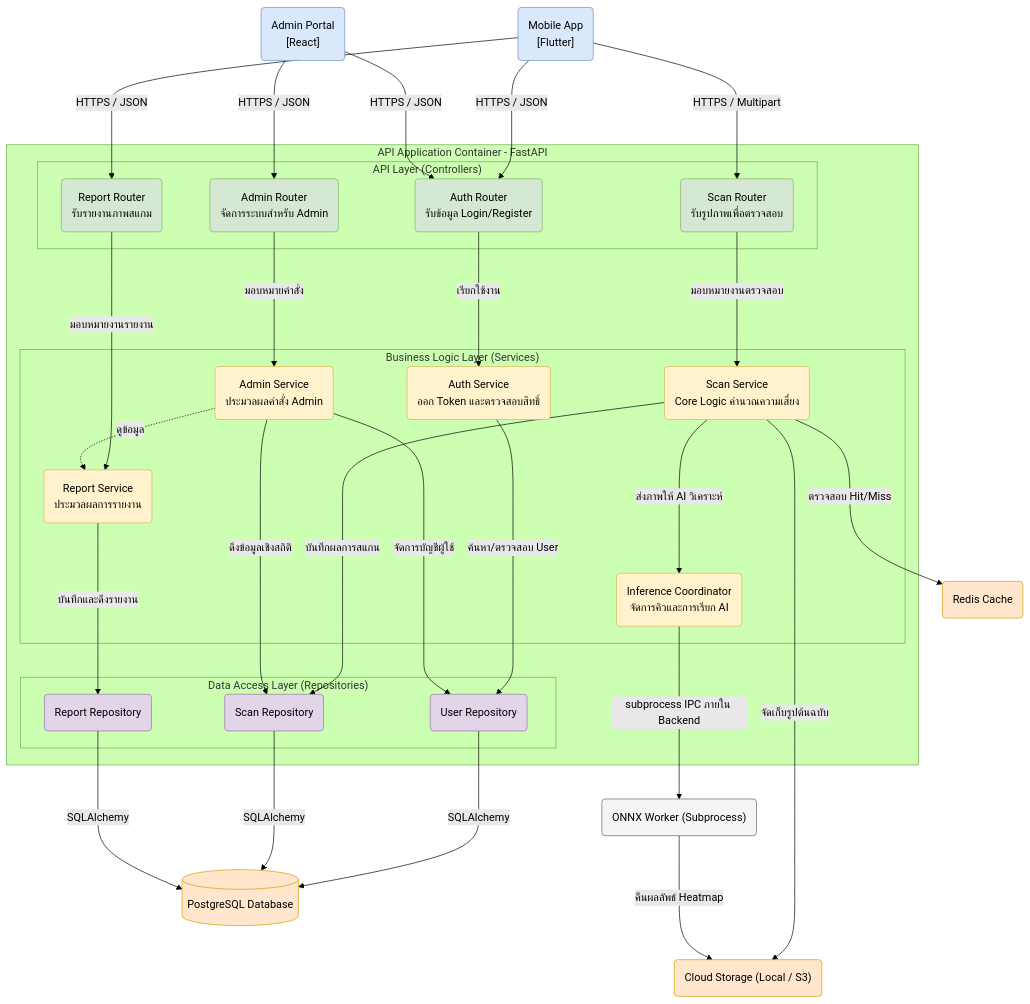
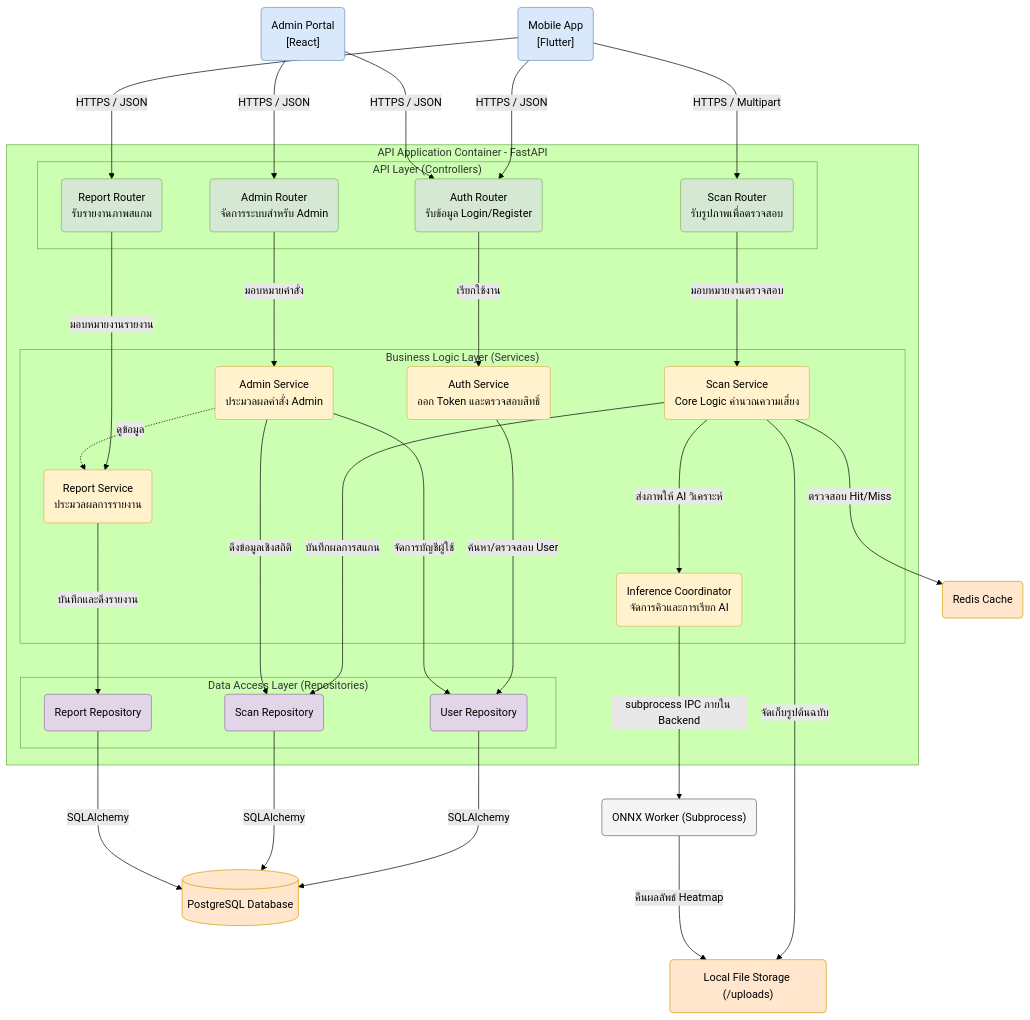
One commit to Panuwat-ta/project changed the diagram in wiki/architecture/c3-component-diagram.md. Above: the diagram before and after it, drawn with Mermaid (forest theme). The commit also changed 143 other files, not shown here.

First line of the commit message:
Update traceability matrix, use case diagram, and test cases documentation

```diff
--- a/wiki/architecture/c3-component-diagram.md
+++ b/wiki/architecture/c3-component-diagram.md
@@ -53,7 +53,7 @@
     %% Storage & Externals (จาก C2)
     Cache("Redis Cache")
     MainDB[("PostgreSQL Database")]
-    ObjectStore("Cloud Storage (Local / S3)")
+    ObjectStore("Local File Storage (/uploads)")
     AIWorker("ONNX Worker (Subprocess)")
 
     %% Relationships - External to API
```
